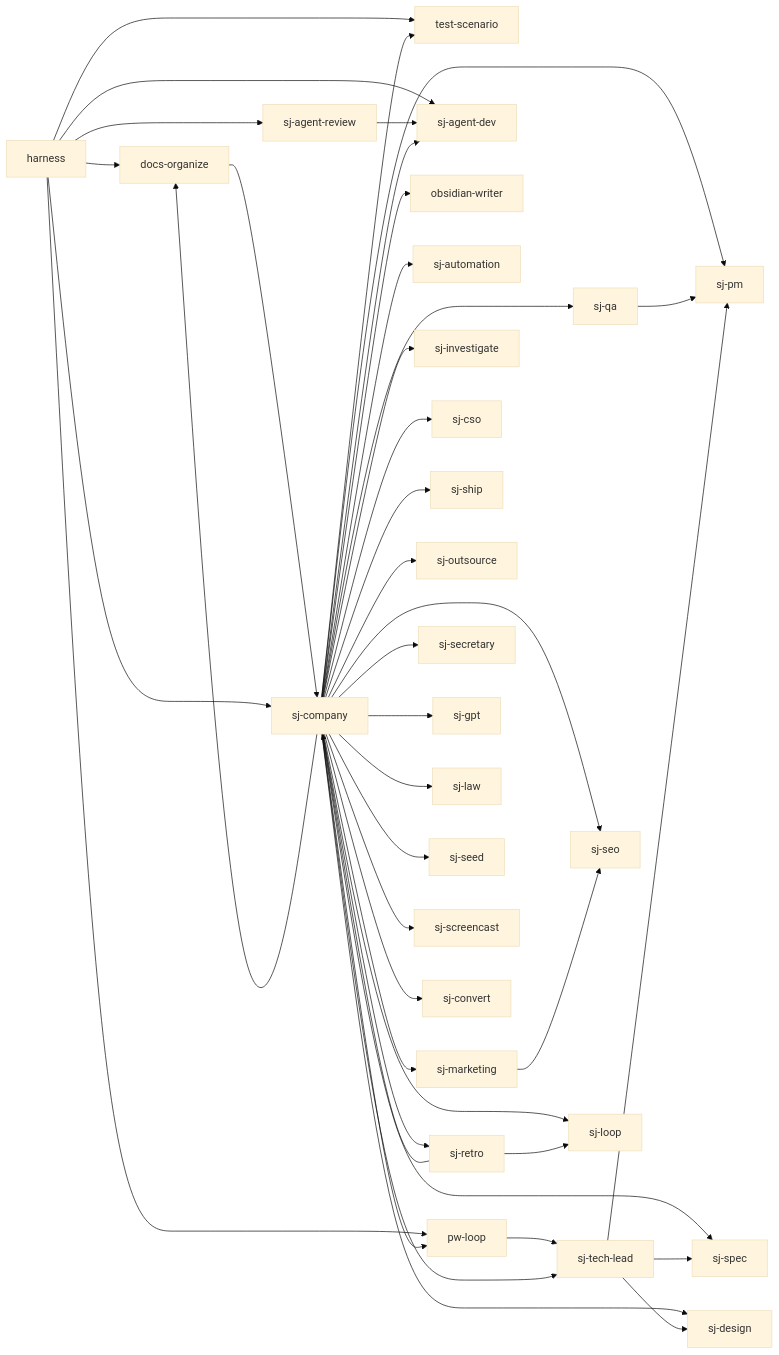
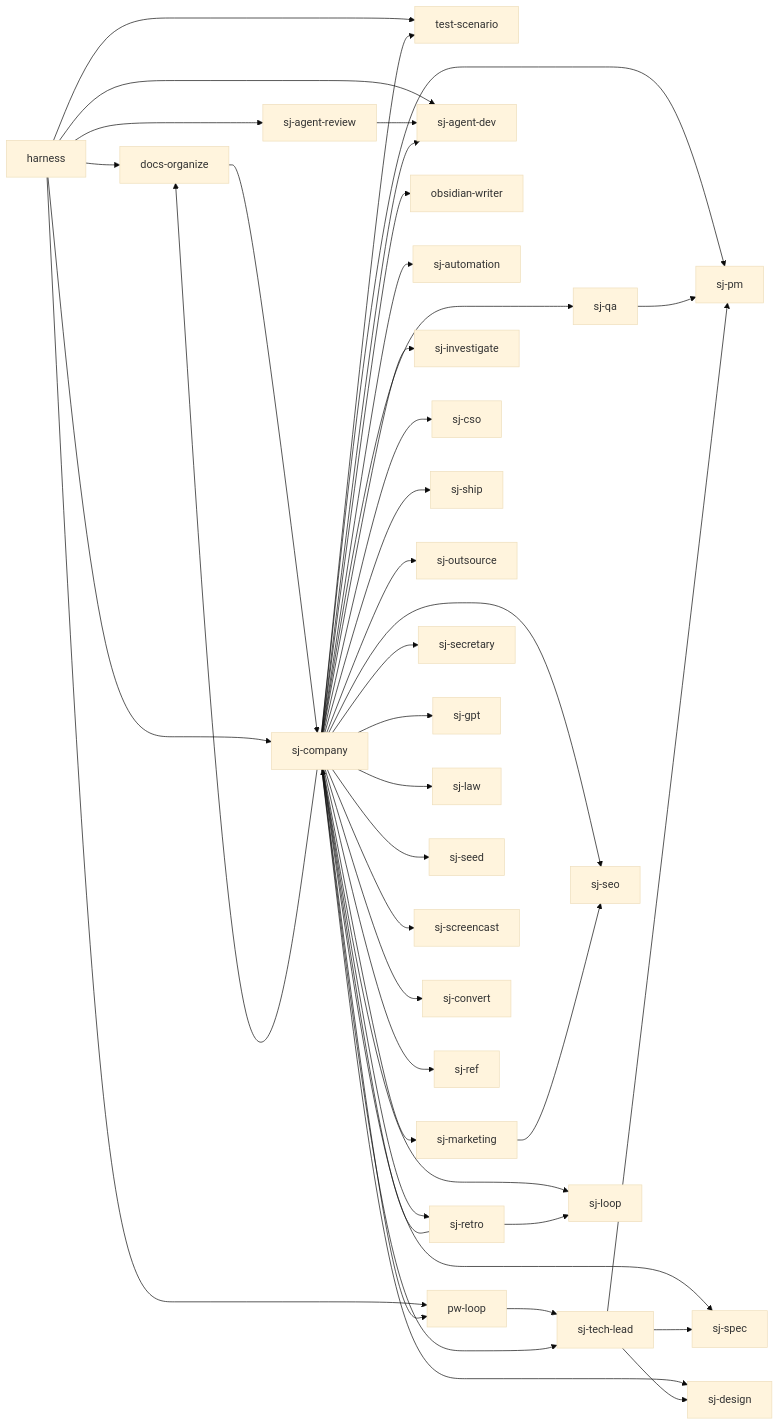
One commit to s0613/S-skills changed the diagram in docs/FEATURE-MAP.md. Above: the diagram before and after it, drawn with Mermaid (base theme). The commit also changed other lines of this file and 13 other files, not shown here.

````diff
--- a/docs/FEATURE-MAP.md
+++ b/docs/FEATURE-MAP.md
@@ -6,44 +6,45 @@
 ```mermaid
 flowchart LR
   F01[docs-organize] --> F08[sj-company]
   F02[harness] --> F01
   F02 --> F26[test-scenario]
   F02 --> F04[pw-loop]
   F02 --> F08
   F02 --> F06[sj-agent-review]
   F02 --> F05[sj-agent-dev]
   F04 --> F25[sj-tech-lead]
   F06 --> F05
   F08 --> F18[sj-pm]
   F08 --> F25
   F08 --> F19[sj-qa]
   F08 --> F03[obsidian-writer]
   F08 --> F07[sj-automation]
   F08 --> F22[sj-seo]
   F08 --> F16[sj-marketing]
   F08 --> F24[sj-spec]
   F08 --> F13[sj-investigate]
   F08 --> F05
   F08 --> F09[sj-cso]
   F08 --> F23[sj-ship]
   F08 --> F17[sj-outsource]
   F08 --> F20[sj-retro]
   F08 --> F10[sj-design]
   F08 --> F21[sj-secretary]
   F08 --> F26
   F08 --> F04
   F08 --> F01
   F08 --> F15[sj-loop]
   F08 --> F12[sj-gpt]
   F08 --> F14[sj-law]
   F08 --> F27[sj-seed]
   F08 --> F28[sj-screencast]
   F08 --> F29[sj-convert]
+  F08 --> F30[sj-ref]
   F16 --> F22
   F19 --> F18
   F20 --> F08
   F20 --> F15
   F25 --> F18
   F25 --> F24
   F25 --> F10
 ```
````
